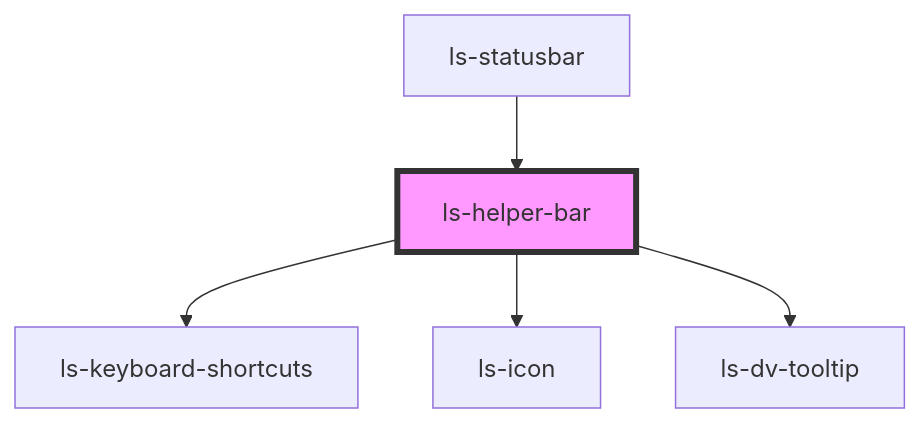
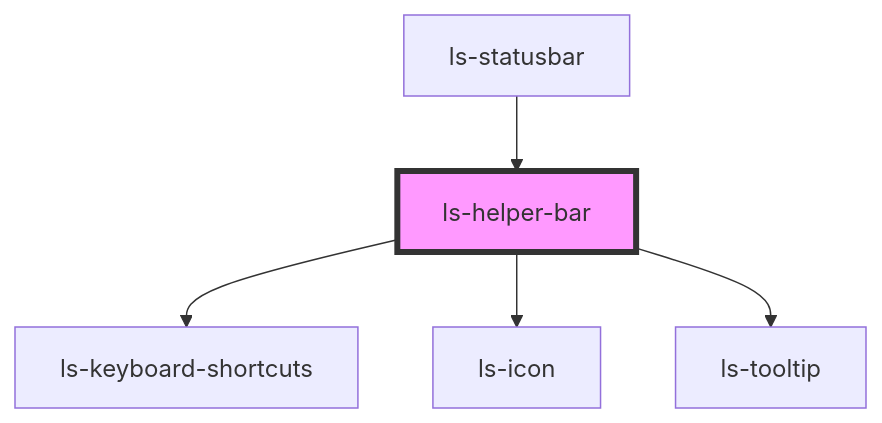
Before and after one commit to legalesign/ls-document-viewer: the diagram in src/components/ls-helper-bar/readme.md, drawn with Mermaid. The commit also changed other lines of this file and 52 other files, not shown here.

````diff
--- a/src/components/ls-helper-bar/readme.md
+++ b/src/components/ls-helper-bar/readme.md
@@ -29,8 +29,8 @@
 ```mermaid
 graph TD;
   ls-helper-bar --> ls-keyboard-shortcuts
   ls-helper-bar --> ls-icon
-  ls-helper-bar --> ls-dv-tooltip
+  ls-helper-bar --> ls-tooltip
   ls-statusbar --> ls-helper-bar
   style ls-helper-bar fill:#f9f,stroke:#333,stroke-width:4px
 ```
````
